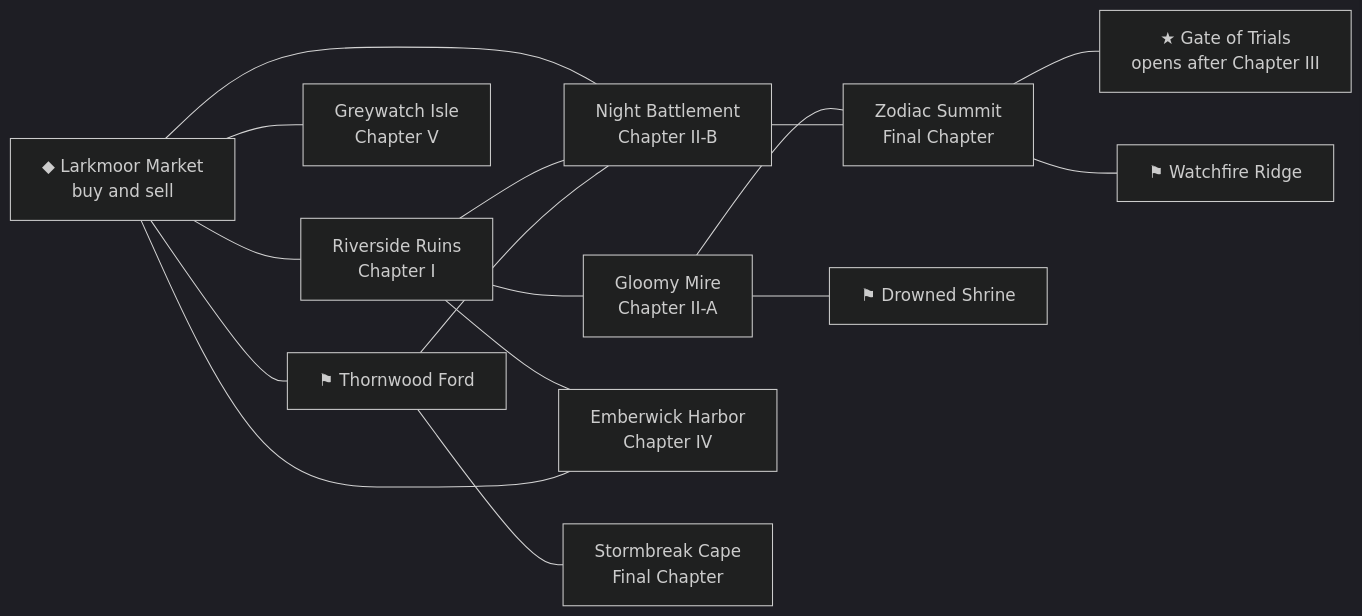
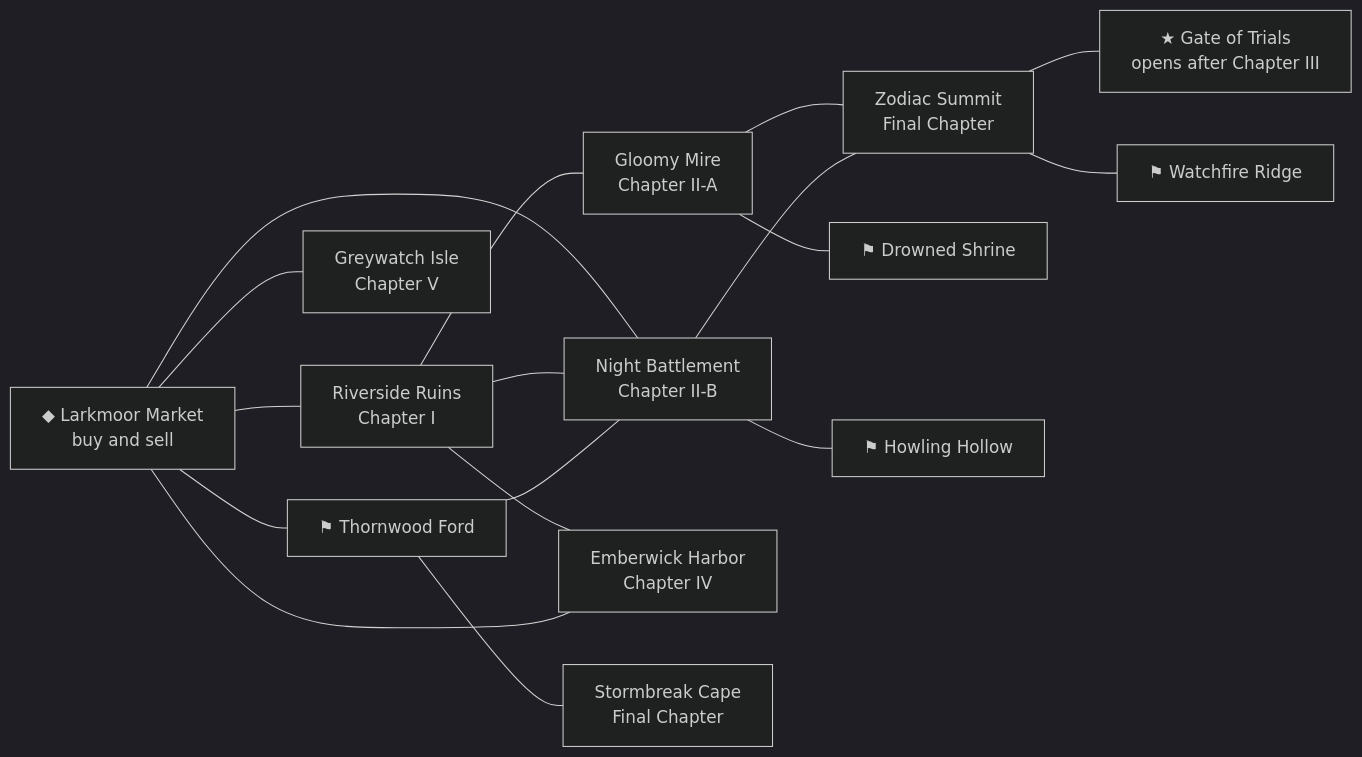
One commit to CptNope/Chess-RPG-Tactics changed the fourth of 5 diagrams in docs/GAMEPLAY_GUIDE.md. Above: the diagram before and after it, drawn with Mermaid (dark theme). The commit also changed other lines of this file and 31 other files, not shown here.

````diff
--- a/docs/GAMEPLAY_GUIDE.md
+++ b/docs/GAMEPLAY_GUIDE.md
@@ -115,17 +115,18 @@
 ```mermaid
 flowchart LR
     M["◆ Larkmoor Market<br/>buy and sell"] --- R["Riverside Ruins<br/>Chapter I"]
     M --- B["Night Battlement<br/>Chapter II-B"]
     R --- G["Gloomy Mire<br/>Chapter II-A"]
     R --- B
     G --- Z["Zodiac Summit<br/>Final Chapter"]
     B --- Z
     Z --- T["★ Gate of Trials<br/>opens after Chapter III"]
     R --- H["Emberwick Harbor<br/>Chapter IV"]
     M --- H
     M --- I["Greywatch Isle<br/>Chapter V"]
     M --- TF["⚑ Thornwood Ford"] --- B
     TF --- CP["Stormbreak Cape<br/>Final Chapter"]
     G --- DS["⚑ Drowned Shrine"]
     Z --- WR["⚑ Watchfire Ridge"]
+    B --- HH["⚑ Howling Hollow"]
 ```
````
